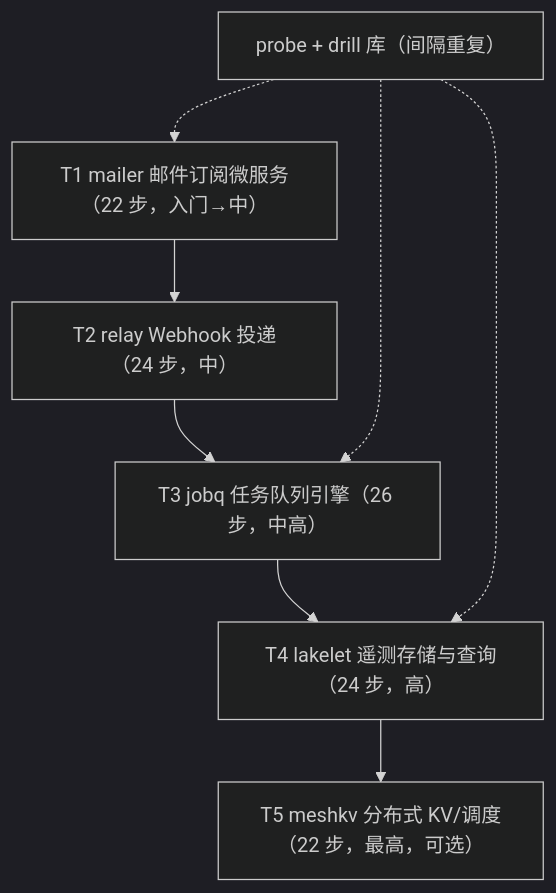
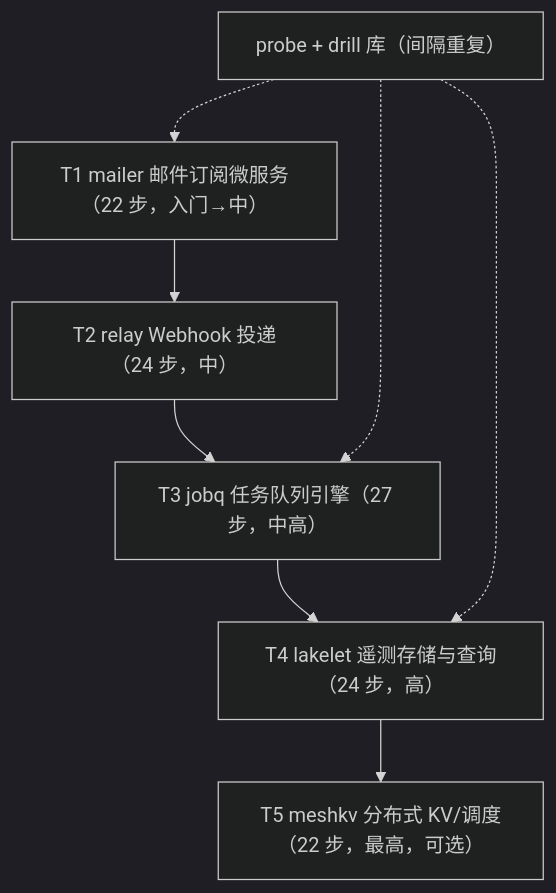
The diagram in docs/curriculum.md (nedrw/rustlings-production), drawn with Mermaid (dark theme) before and after one commit. The commit also changed other lines of this file and 5 other files, not shown here.

````diff
--- a/docs/curriculum.md
+++ b/docs/curriculum.md
@@ -254,10 +254,10 @@
 ```mermaid
 flowchart TD
     T1["T1 mailer 邮件订阅微服务（22 步，入门→中）"] --> T2["T2 relay Webhook 投递（24 步，中）"]
-    T2 --> T3["T3 jobq 任务队列引擎（26 步，中高）"]
+    T2 --> T3["T3 jobq 任务队列引擎（27 步，中高）"]
     T3 --> T4["T4 lakelet 遥测存储与查询（24 步，高）"]
     T4 --> T5["T5 meshkv 分布式 KV/调度（22 步，最高，可选）"]
     P["probe + drill 库（间隔重复）"] -.-> T1
     P -.-> T3
     P -.-> T4
 ```
````
